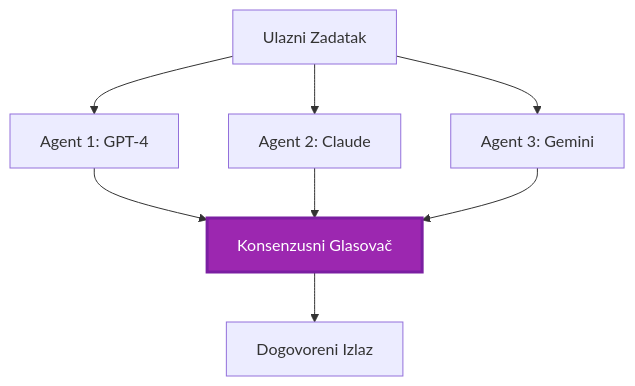
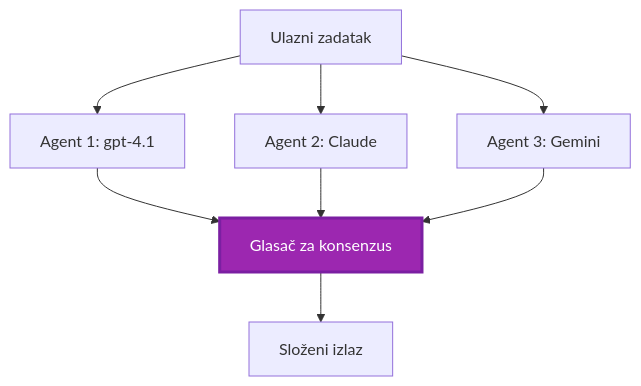
Before and after one commit to microsoft/AZD-for-beginners: the fifth of 6 diagrams in translations/hr/docs/chapter-06-pre-deployment/coordination-patterns.md, drawn with Mermaid. The commit also changed other lines of this file and 101 other files, not shown here.

````diff
--- a/translations/hr/docs/chapter-06-pre-deployment/coordination-patterns.md
+++ b/translations/hr/docs/chapter-06-pre-deployment/coordination-patterns.md
@@ -232,19 +225,19 @@
 ```mermaid
 graph TB
-    Input[Ulazni Zadatak]
-    Agent1[Agent 1: GPT-4]
+    Input[Ulazni zadatak]
+    Agent1[Agent 1: gpt-4.1]
     Agent2[Agent 2: Claude]
     Agent3[Agent 3: Gemini]
-    Voter[Konsenzusni Glasovač]
-    Output[Dogovoreni Izlaz]
+    Voter[Glasač za konsenzus]
+    Output[Složeni izlaz]
     
     Input --> Agent1
     Input --> Agent2
     Input --> Agent3
     Agent1 --> Voter
     Agent2 --> Voter
     Agent3 --> Voter
     Voter --> Output
     
     style Voter fill:#9C27B0,stroke:#7B1FA2,stroke-width:3px,color:#fff
 ```
````
